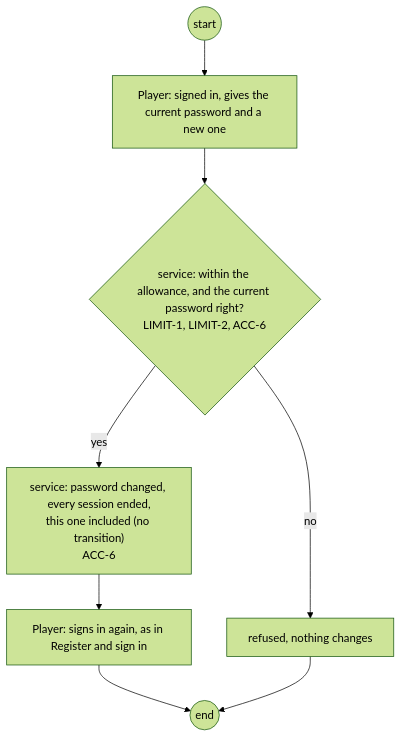
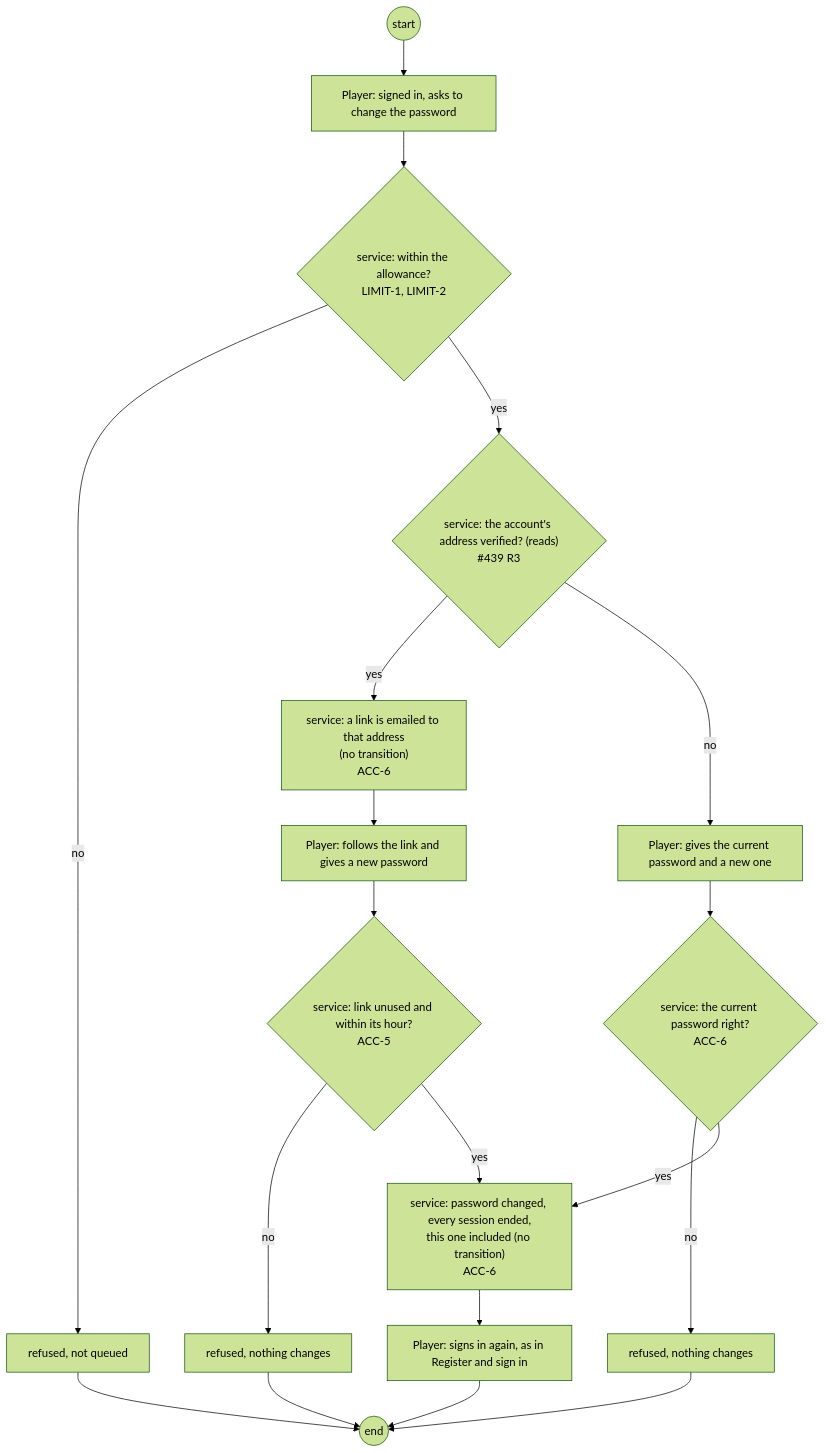
Before and after one commit to delphside/programme: the eighth of 22 diagrams in docs/changes/workstreams/application-game-architecture/71-one-game-model/71-functional.md, drawn with Mermaid (forest theme).

Commit message:
app 0.9.2 api 2.16: ACC-6: a verified address changes its password by emailed link
Owner, 2026-10-15: a player with a verified address needs no current
password to change it; a link goes to the address instead. Any other
player still gives the current password.

Refs #71

Claude-Session: https://claude.ai/code/session_013RrHRzWMEwTePZNqMB1VMr

````diff
--- a/docs/changes/workstreams/application-game-architecture/71-one-game-model/71-functional.md
+++ b/docs/changes/workstreams/application-game-architecture/71-one-game-model/71-functional.md
@@ -215,10 +215,21 @@
 ```mermaid
 flowchart TD
-  s0((start)) --> p1["Player: signed in, gives the current password and a new one"]
-  p1 --> v1{"service: within the allowance, and the current password right?<br/>LIMIT-1, LIMIT-2, ACC-6"}
+  s0((start)) --> p1["Player: signed in, asks to change the password"]
+  p1 --> v0{"service: within the allowance?<br/>LIMIT-1, LIMIT-2"}
+  v0 -- no --> r0["refused, not queued"]
+  v0 -- yes --> d1{"service: the account's address verified? (reads)<br/>#439 R3"}
+  d1 -- yes --> t0["service: a link is emailed to that address<br/>(no transition)<br/>ACC-6"]
+  t0 --> p3["Player: follows the link and gives a new password"]
+  p3 --> v2{"service: link unused and within its hour?<br/>ACC-5"}
+  v2 -- no --> r2["refused, nothing changes"]
+  v2 -- yes --> t1
+  d1 -- no --> p4["Player: gives the current password and a new one"]
+  p4 --> v1{"service: the current password right?<br/>ACC-6"}
   v1 -- no --> r1["refused, nothing changes"]
   v1 -- yes --> t1["service: password changed, every session ended,<br/>this one included (no transition)<br/>ACC-6"]
   t1 --> p2["Player: signs in again, as in Register and sign in"]
   p2 --> e0((end))
+  r0 --> e0
   r1 --> e0
+  r2 --> e0
 ```
````
